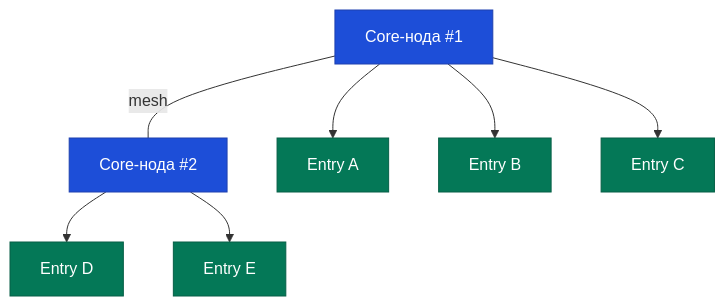
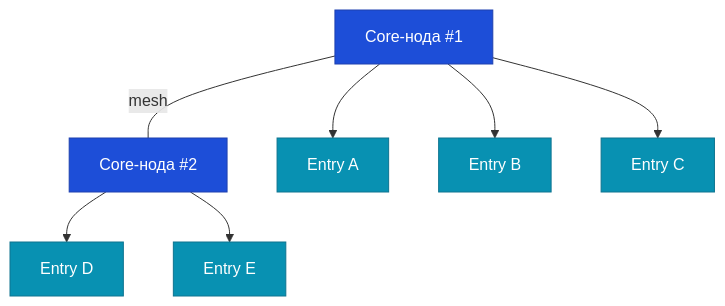
Before and after one commit to SigilGate/SigilGate.github.io: the third of 5 diagrams in content/docs/_index.md, drawn with Mermaid. The commit also changed other lines of this file and 3 other files, not shown here.

First line of the commit message:
Обновить документацию: цветовая схема, плоская структура файлов

```diff
--- a/content/docs/_index.md
+++ b/content/docs/_index.md
@@ -109,27 +98,27 @@
 {{< mermaid >}}
 graph TD
     Core1["Core-нода #1"]
     Core2["Core-нода #2"]
 
     E1["Entry A"]
     E2["Entry B"]
     E3["Entry C"]
     E4["Entry D"]
     E5["Entry E"]
 
     Core1 --> E1
     Core1 --> E2
     Core1 --> E3
     Core2 --> E4
     Core2 --> E5
 
     Core1 ---|"mesh"| Core2
 
     style Core1 fill:#1d4ed8,color:#fff,stroke:#1e40af
     style Core2 fill:#1d4ed8,color:#fff,stroke:#1e40af
-    style E1 fill:#047857,color:#fff,stroke:#065f46
-    style E2 fill:#047857,color:#fff,stroke:#065f46
-    style E3 fill:#047857,color:#fff,stroke:#065f46
-    style E4 fill:#047857,color:#fff,stroke:#065f46
-    style E5 fill:#047857,color:#fff,stroke:#065f46
+    style E1 fill:#0891b2,color:#fff,stroke:#0e7490
+    style E2 fill:#0891b2,color:#fff,stroke:#0e7490
+    style E3 fill:#0891b2,color:#fff,stroke:#0e7490
+    style E4 fill:#0891b2,color:#fff,stroke:#0e7490
+    style E5 fill:#0891b2,color:#fff,stroke:#0e7490
 {{< /mermaid >}}
```
